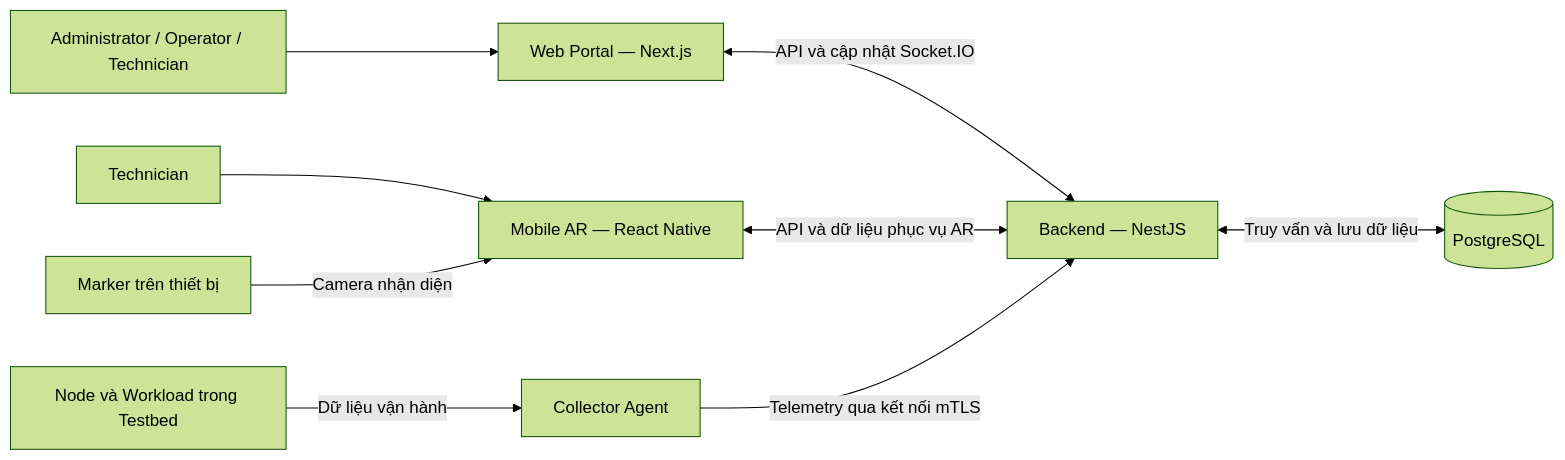
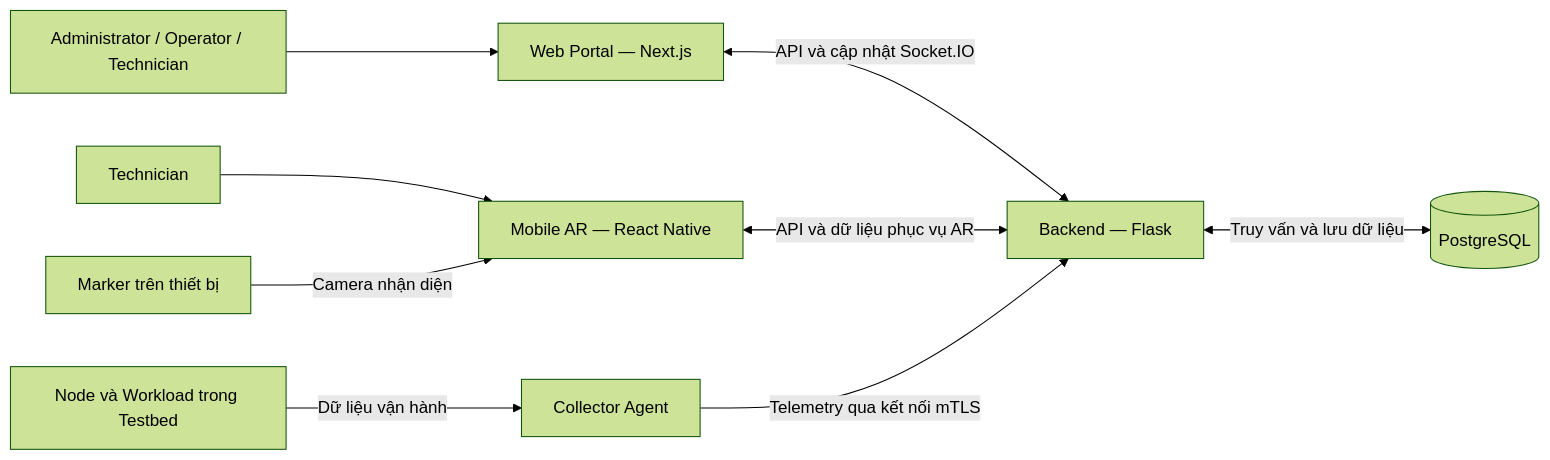
Before and after one commit to Vu-Minh-Nhat/CNPM: the diagram in docs/04-architecture-and-design/system-architecture.md, drawn with Mermaid (forest theme). The commit also changed other lines of this file and 103 other files, not shown here.

Commit message:
chore: remove NestJS backend and update Flask setup

````diff
--- a/docs/04-architecture-and-design/system-architecture.md
+++ b/docs/04-architecture-and-design/system-architecture.md
@@ -25,27 +25,27 @@
 ```mermaid
 flowchart LR
     Users["Administrator / Operator / Technician"]
     Tech["Technician"]
 
     Web["Web Portal — Next.js"]
     Mobile["Mobile AR — React Native"]
-    Backend["Backend — NestJS"]
+    Backend["Backend — Flask"]
     DB[("PostgreSQL")]
 
     Agent["Collector Agent"]
     Testbed["Node và Workload trong Testbed"]
     Marker["Marker trên thiết bị"]
 
     Users --> Web
     Tech --> Mobile
 
     Web <-->|"API và cập nhật Socket.IO"| Backend
     Mobile <-->|"API và dữ liệu phục vụ AR"| Backend
 
     Backend <-->|"Truy vấn và lưu dữ liệu"| DB
 
     Testbed -->|"Dữ liệu vận hành"| Agent
     Agent -->|"Telemetry qua kết nối mTLS"| Backend
 
     Marker -->|"Camera nhận diện"| Mobile
 ```
````
